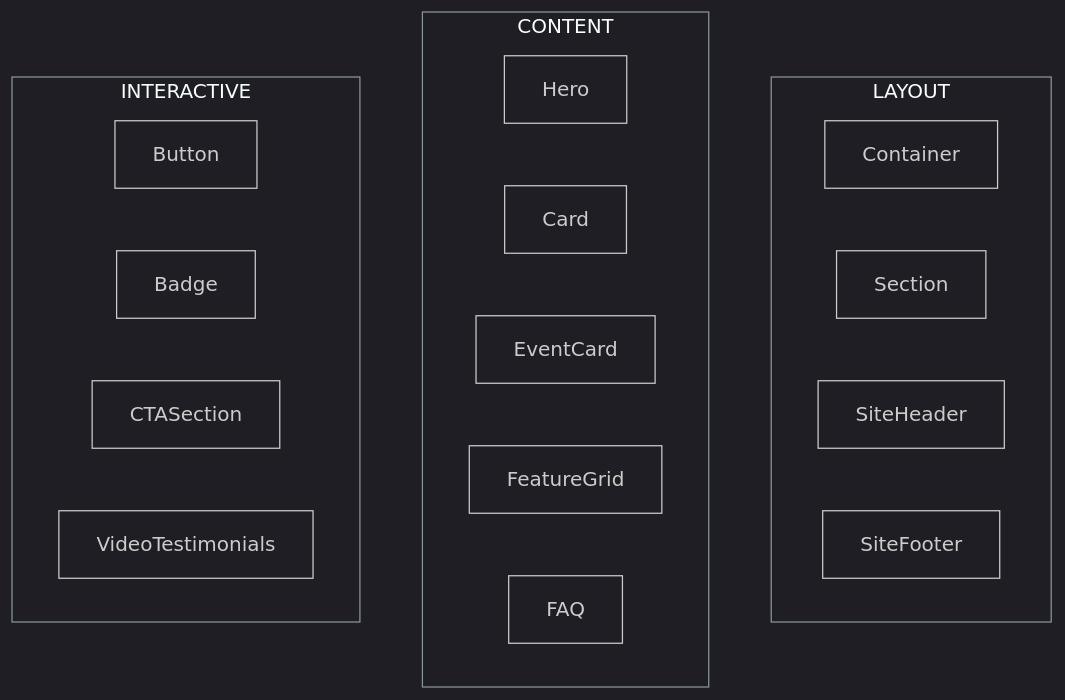
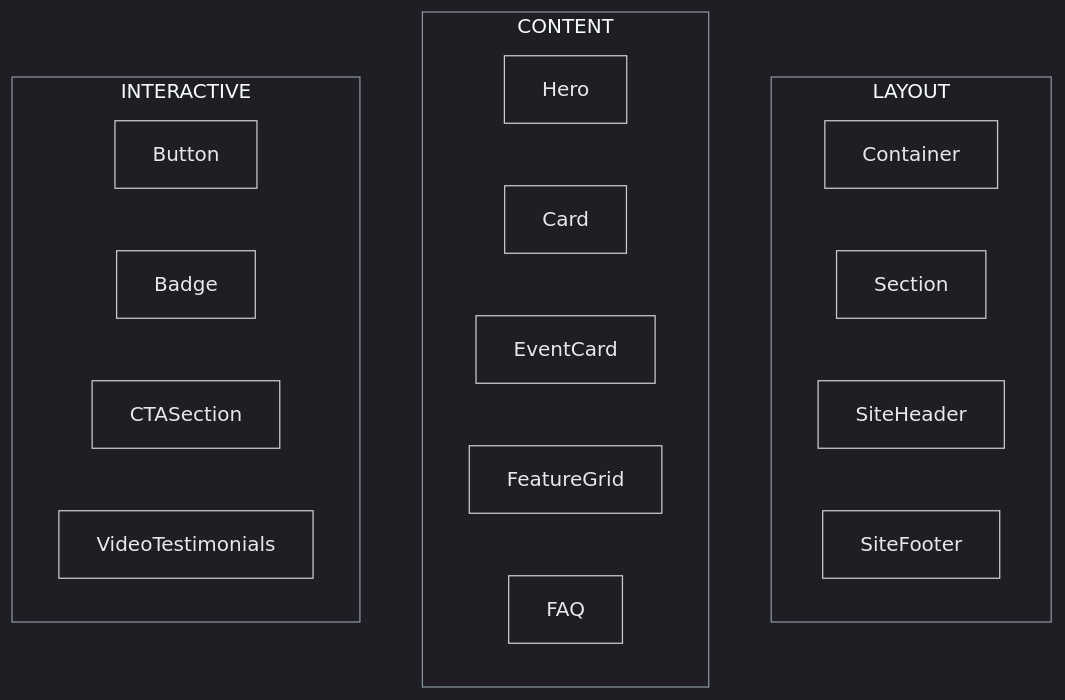
One commit to sellersessions/sellersessions-design-system changed the second of 3 diagrams in README.md. Above: the diagram before and after it, drawn with Mermaid. The commit also changed other lines of this file and 8 other files, not shown here.

````diff
--- a/README.md
+++ b/README.md
@@ -162,40 +162,40 @@
 ```mermaid
-%%{init: {'theme': 'dark', 'themeVariables': {'clusterBkg': 'transparent', 'clusterBorder': '#8b949e'}}}%%
+%%{init: {'theme': 'dark', 'themeVariables': {'nodeTextColor': '#e8e8e8', 'primaryTextColor': '#e8e8e8', 'secondaryTextColor': '#cccccc', 'tertiaryTextColor': '#cccccc', 'clusterBkg': 'transparent', 'clusterBorder': '#8b949e'}}}%%
 
 flowchart TD
     subgraph LAYOUT[" LAYOUT "]
         C1["Container"]
         C2["Section"]
         C3["SiteHeader"]
         C4["SiteFooter"]
     end
 
     subgraph CONTENT[" CONTENT "]
         C5["Hero"]
         C6["Card"]
         C7["EventCard"]
         C8["FeatureGrid"]
         C9["FAQ"]
     end
 
     subgraph INTERACTIVE[" INTERACTIVE "]
         C10["Button"]
         C11["Badge"]
         C12["CTASection"]
         C13["VideoTestimonials"]
     end
 
-    style C1 fill:none,stroke-width:1px
-    style C2 fill:none,stroke-width:1px
-    style C3 fill:none,stroke-width:1px
-    style C4 fill:none,stroke-width:1px
-    style C5 fill:none,stroke-width:1px
-    style C6 fill:none,stroke-width:1px
-    style C7 fill:none,stroke-width:1px
-    style C8 fill:none,stroke-width:1px
-    style C9 fill:none,stroke-width:1px
-    style C10 fill:none,stroke-width:1px
-    style C11 fill:none,stroke-width:1px
-    style C12 fill:none,stroke-width:1px
-    style C13 fill:none,stroke-width:1px
+    style C1 fill:none,stroke-width:1px,color:#e8e8e8
+    style C2 fill:none,stroke-width:1px,color:#e8e8e8
+    style C3 fill:none,stroke-width:1px,color:#e8e8e8
+    style C4 fill:none,stroke-width:1px,color:#e8e8e8
+    style C5 fill:none,stroke-width:1px,color:#e8e8e8
+    style C6 fill:none,stroke-width:1px,color:#e8e8e8
+    style C7 fill:none,stroke-width:1px,color:#e8e8e8
+    style C8 fill:none,stroke-width:1px,color:#e8e8e8
+    style C9 fill:none,stroke-width:1px,color:#e8e8e8
+    style C10 fill:none,stroke-width:1px,color:#e8e8e8
+    style C11 fill:none,stroke-width:1px,color:#e8e8e8
+    style C12 fill:none,stroke-width:1px,color:#e8e8e8
+    style C13 fill:none,stroke-width:1px,color:#e8e8e8
 ```
````
